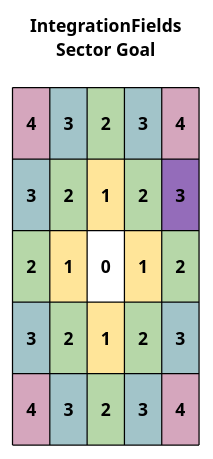
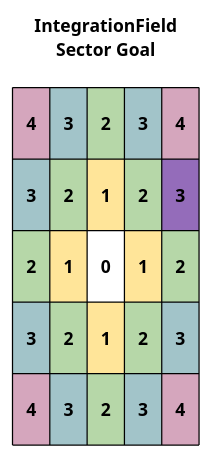
One commit to BlondeBurrito/bevy_flowfield_tiles_plugin changed the diagram in docs/int_field_sector_to_sector_0.puml. Above: the diagram before and after it, drawn with PlantUML. The commit also changed 35 other files, not shown here.

```diff
--- a/docs/int_field_sector_to_sector_0.puml
+++ b/docs/int_field_sector_to_sector_0.puml
@@ -1,13 +1,13 @@
 @startuml int_field_sector_to_sector_0
 
 title
-IntegrationFields
+IntegrationField
 Sector Goal
 
 |<#d5a6bd>\n   4   \n|<#a2c4c9>\n   3   \n|<#b6d7a8>\n   2   \n|<#a2c4c9>\n   3   \n|<#d5a6bd>\n   4   \n|
 |<#a2c4c9>\n   3   \n|<#b6d7a8>\n   2   \n|<#ffe599>\n   1   \n|<#b6d7a8>\n   2   \n|<#946cba>\n   3   \n|
 |<#b6d7a8>\n   2   \n|<#ffe599>\n   1   \n|\n   0   \n|<#ffe599>\n   1   \n|<#b6d7a8>\n   2   \n|
 |<#a2c4c9>\n   3   \n|<#b6d7a8>\n   2   \n|<#ffe599>\n   1   \n|<#b6d7a8>\n   2   \n|<#a2c4c9>\n   3   \n|
 |<#d5a6bd>\n   4   \n|<#a2c4c9>\n   3   \n|<#b6d7a8>\n   2   \n|<#a2c4c9>\n   3   \n|<#d5a6bd>\n   4   \n|
 end title
 @enduml
```
